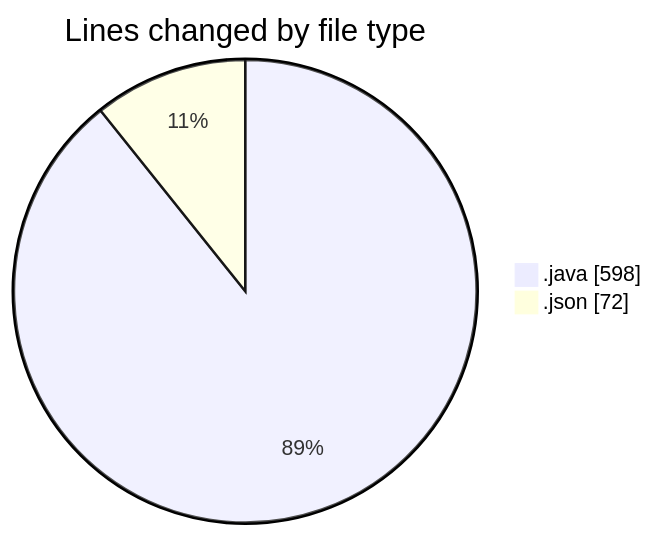
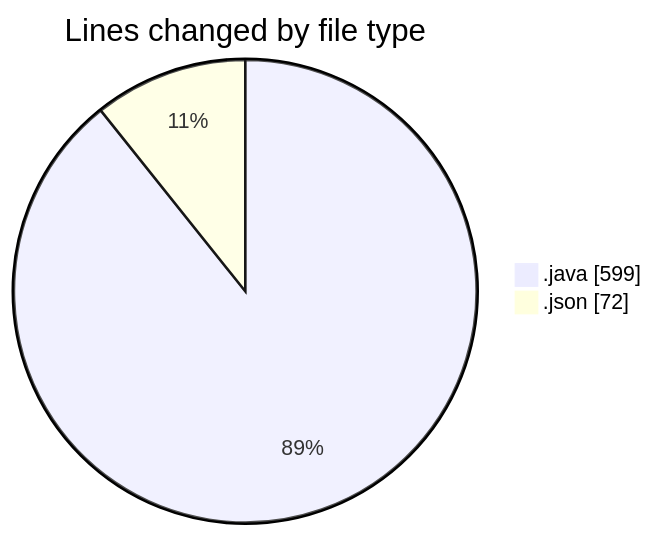
One commit to charlie-sans/code-tracking changed the first of 2 diagrams in 2025-02-22/micros/README.md. Above: the diagram before and after it, drawn with Mermaid. The commit also changed other lines of this file and 1 other file, not shown here.

````diff
--- a/2025-02-22/micros/README.md
+++ b/2025-02-22/micros/README.md
@@ -23,6 +23,6 @@
 ```mermaid
 pie showData
 title Lines changed by file type
-".java" : 598
+".java" : 599
 ".json" : 72
 ```
````
